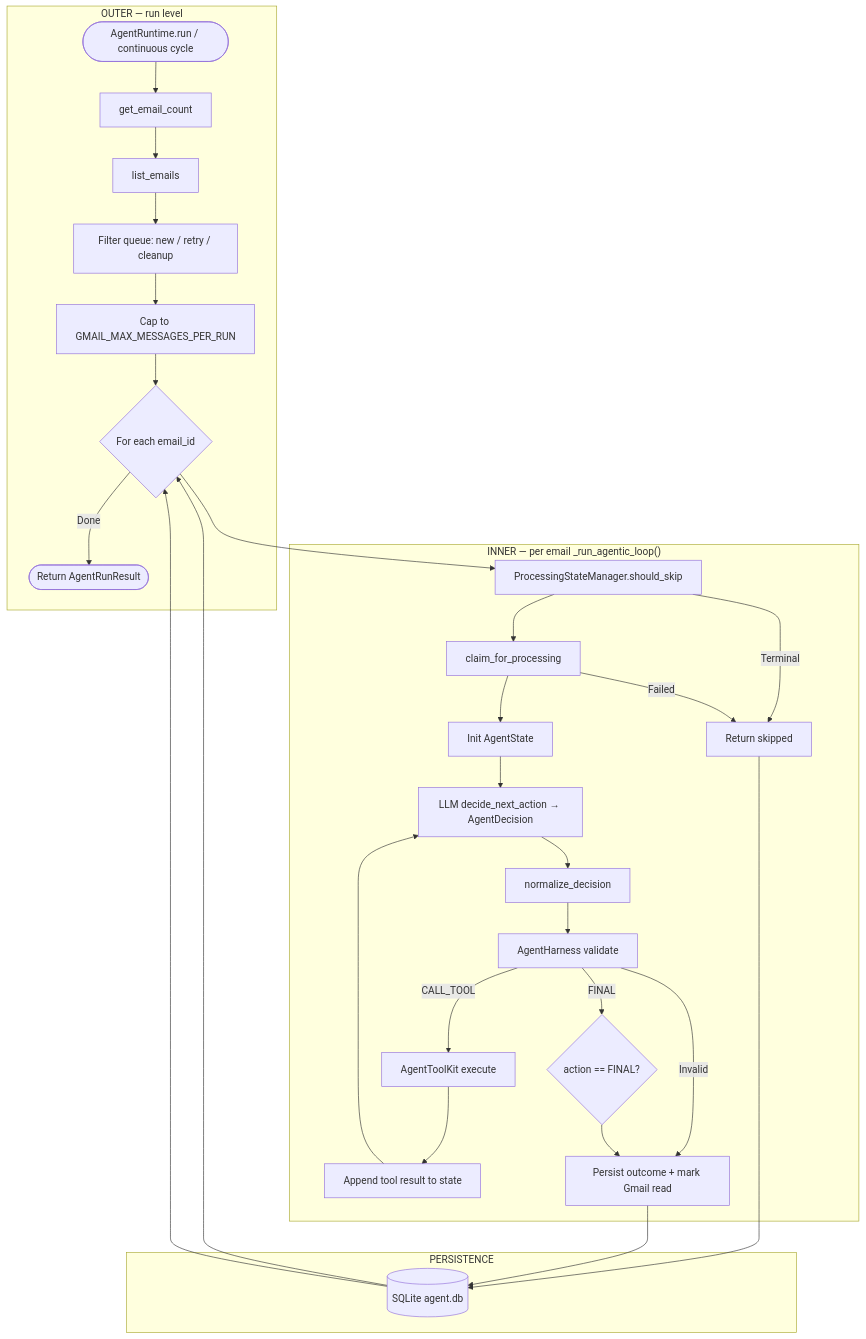
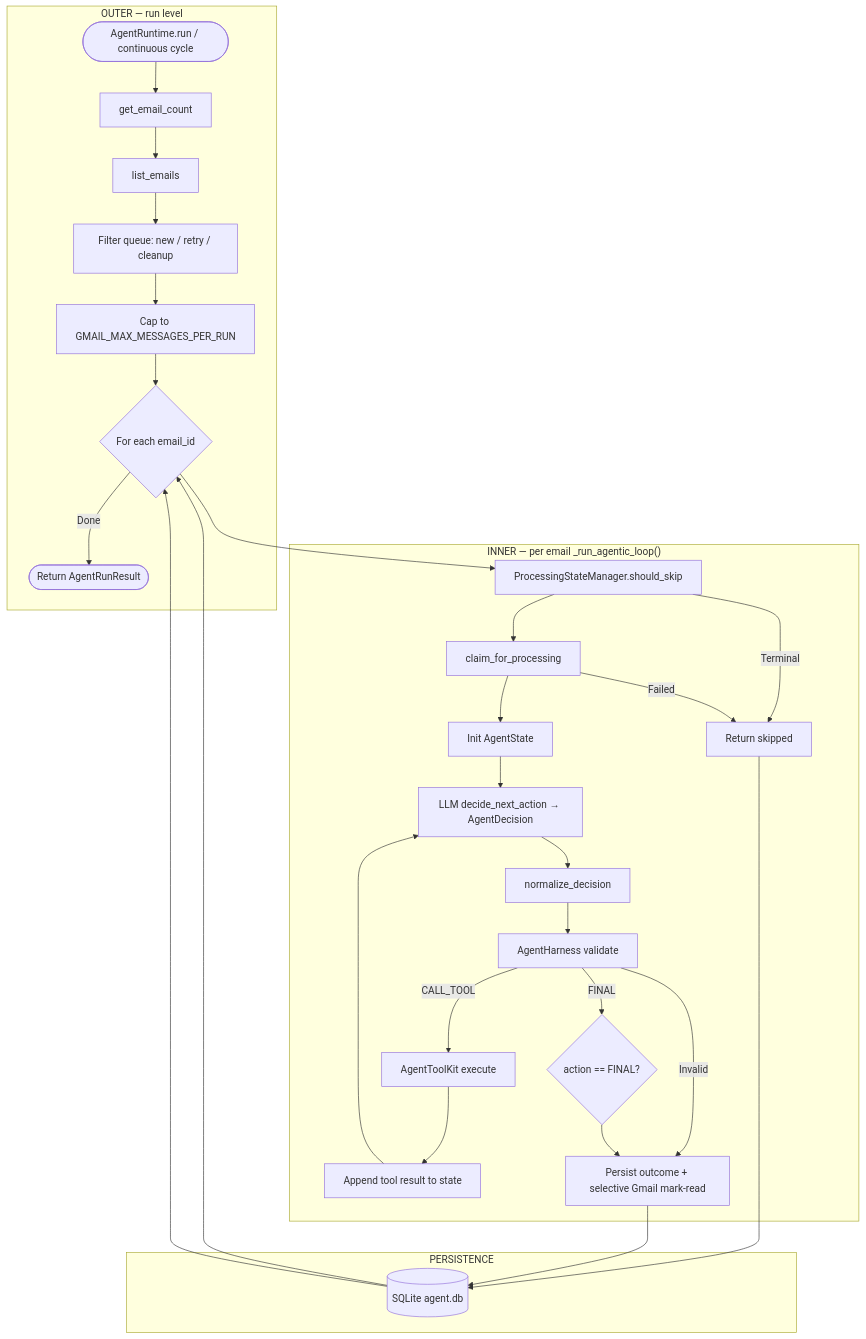
Before and after one commit to Nisarg9072-god/Email-Agent: the first of 2 diagrams in docs/AGENT_WORKFLOW_DIAGRAM.md, drawn with Mermaid. The commit also changed other lines of this file and 10 other files, not shown here.

````diff
--- a/docs/AGENT_WORKFLOW_DIAGRAM.md
+++ b/docs/AGENT_WORKFLOW_DIAGRAM.md
@@ -11,42 +11,42 @@
 ```mermaid
 flowchart TD
     subgraph OUTER["OUTER — run level"]
         START([AgentRuntime.run / continuous cycle])
         COUNT[get_email_count]
         LIST[list_emails]
         FILTER[Filter queue: new / retry / cleanup]
         CAP[Cap to GMAIL_MAX_MESSAGES_PER_RUN]
         FOR_EACH{For each email_id}
         END([Return AgentRunResult])
     end
 
     subgraph INNER["INNER — per email _run_agentic_loop()"]
         SKIP_CHECK[ProcessingStateManager.should_skip]
         SKIP[Return skipped]
         CLAIM[claim_for_processing]
         INIT[Init AgentState]
         LLM[LLM decide_next_action → AgentDecision]
         NORM[normalize_decision]
         HARNESS[AgentHarness validate]
         TOOL[AgentToolKit execute]
         UPDATE[Append tool result to state]
         FINAL{action == FINAL?}
-        DONE[Persist outcome + mark Gmail read]
+        DONE[Persist outcome + selective Gmail mark-read]
     end
 
     subgraph STORAGE["PERSISTENCE"]
         DB[(SQLite agent.db)]
     end
 
     START --> COUNT --> LIST --> FILTER --> CAP --> FOR_EACH
     FOR_EACH --> SKIP_CHECK
     SKIP_CHECK -->|Terminal| SKIP --> DB --> FOR_EACH
     SKIP_CHECK --> CLAIM
     CLAIM -->|Failed| SKIP
     CLAIM --> INIT --> LLM --> NORM --> HARNESS
     HARNESS -->|Invalid| DONE
     HARNESS -->|CALL_TOOL| TOOL --> UPDATE --> LLM
     HARNESS -->|FINAL| FINAL
     FINAL --> DONE --> DB --> FOR_EACH
     FOR_EACH -->|Done| END
 ```
````
